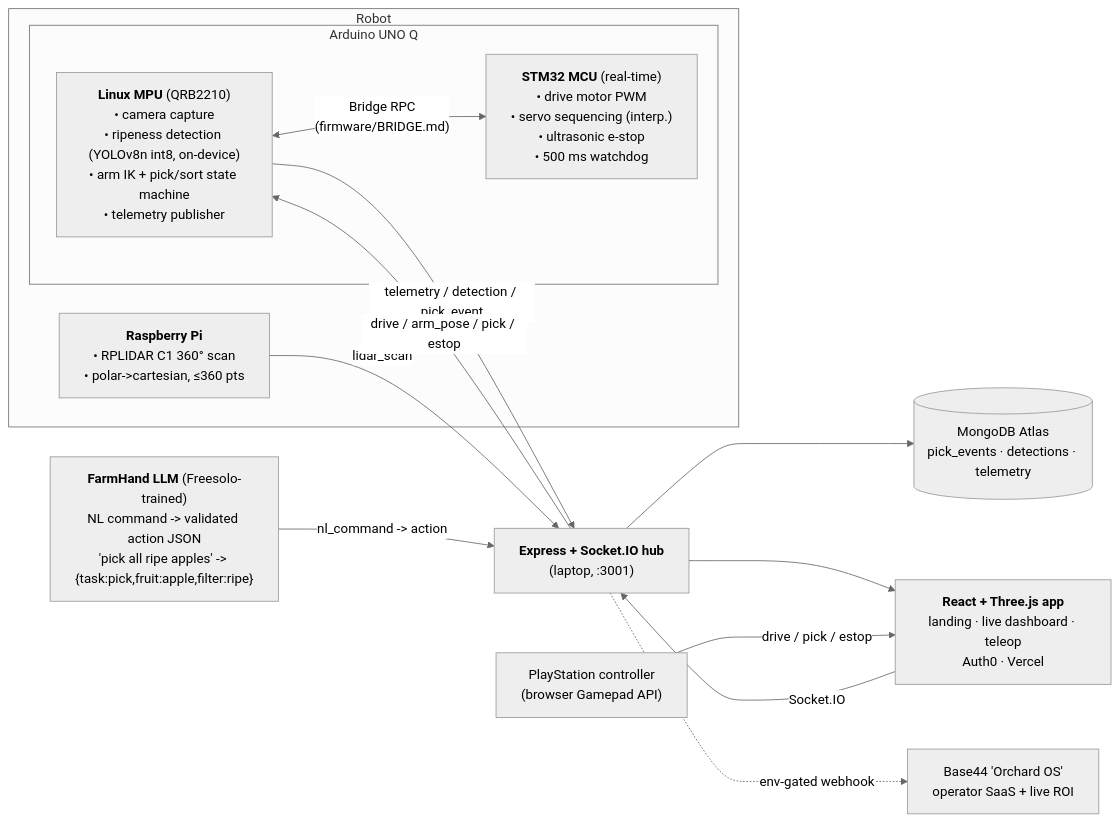
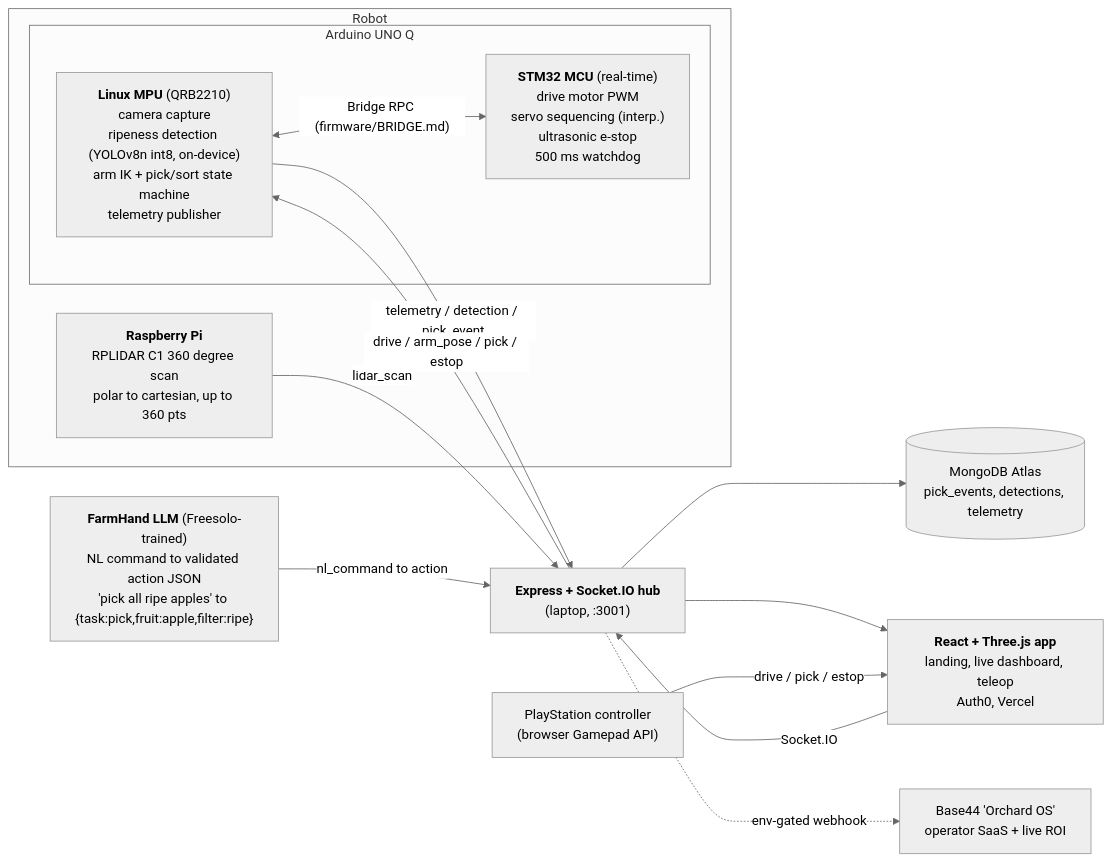
The diagram in README.md (DanielWLiu07/hack-the-6ix), drawn with Mermaid (neutral theme) before and after one commit. The commit also changed other lines of this file and 3 other files, not shown here.

````diff
--- a/README.md
+++ b/README.md
@@ -55,24 +110,24 @@
 ```mermaid
 flowchart LR
     subgraph Robot["Robot"]
         subgraph UnoQ["Arduino UNO Q"]
-            LNX["<b>Linux MPU</b> (QRB2210)<br/>• camera capture<br/>• ripeness detection (YOLOv8n int8, on-device)<br/>• arm IK + pick/sort state machine<br/>• telemetry publisher"]
-            MCU["<b>STM32 MCU</b> (real-time)<br/>• drive motor PWM<br/>• servo sequencing (interp.)<br/>• ultrasonic e-stop<br/>• 500 ms watchdog"]
-            LNX <-->|"Bridge RPC<br/>(firmware/BRIDGE.md)"| MCU
+            LNX["<b>Linux MPU</b> (QRB2210)<br/>camera capture<br/>ripeness detection (YOLOv8n int8, on-device)<br/>arm IK + pick/sort state machine<br/>telemetry publisher"]
+            MCU["<b>STM32 MCU</b> (real-time)<br/>drive motor PWM<br/>servo sequencing (interp.)<br/>ultrasonic e-stop<br/>500 ms watchdog"]
+            LNX <-->|"Bridge RPC (firmware/BRIDGE.md)"| MCU
         end
-        PI["<b>Raspberry Pi</b><br/>• RPLIDAR C1 360° scan<br/>• polar->cartesian, ≤360 pts"]
+        PI["<b>Raspberry Pi</b><br/>RPLIDAR C1 360 degree scan<br/>polar to cartesian, up to 360 pts"]
     end
 
-    FARM["<b>FarmHand LLM</b> (Freesolo-trained)<br/>NL command -> validated action JSON<br/>'pick all ripe apples' -> {task:pick,fruit:apple,filter:ripe}"]
+    FARM["<b>FarmHand LLM</b> (Freesolo-trained)<br/>NL command to validated action JSON<br/>'pick all ripe apples' to {task:pick,fruit:apple,filter:ripe}"]
 
     LNX -->|"telemetry / detection / pick_event"| SRV["<b>Express + Socket.IO hub</b><br/>(laptop, :3001)"]
     PI -->|"lidar_scan"| SRV
-    FARM -->|"nl_command -> action"| SRV
+    FARM -->|"nl_command to action"| SRV
     SRV -->|drive / arm_pose / pick / estop| LNX
-    SRV --> DB[("MongoDB Atlas<br/>pick_events · detections · telemetry")]
-    SRV --> WEB["<b>React + Three.js app</b><br/>landing · live dashboard · teleop<br/>Auth0 · Vercel"]
+    SRV --> DB[("MongoDB Atlas<br/>pick_events, detections, telemetry")]
+    SRV --> WEB["<b>React + Three.js app</b><br/>landing, live dashboard, teleop<br/>Auth0, Vercel"]
     SRV -.->|env-gated webhook| B44["Base44 'Orchard OS'<br/>operator SaaS + live ROI"]
 
     CTRL["PlayStation controller<br/>(browser Gamepad API)"] -->|drive / pick / estop| WEB
     WEB -->|Socket.IO| SRV
 ```
````
